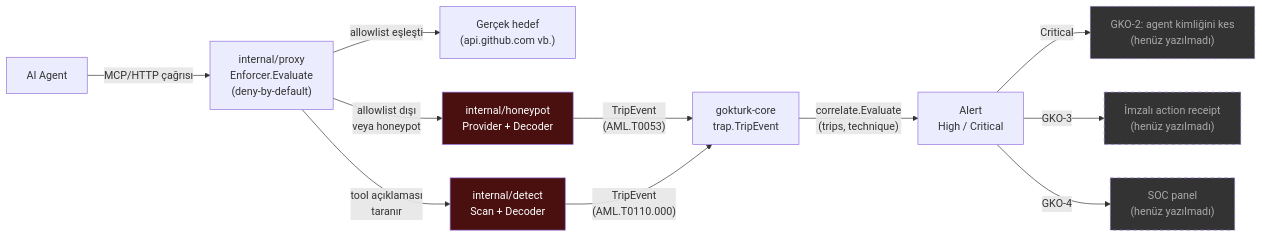
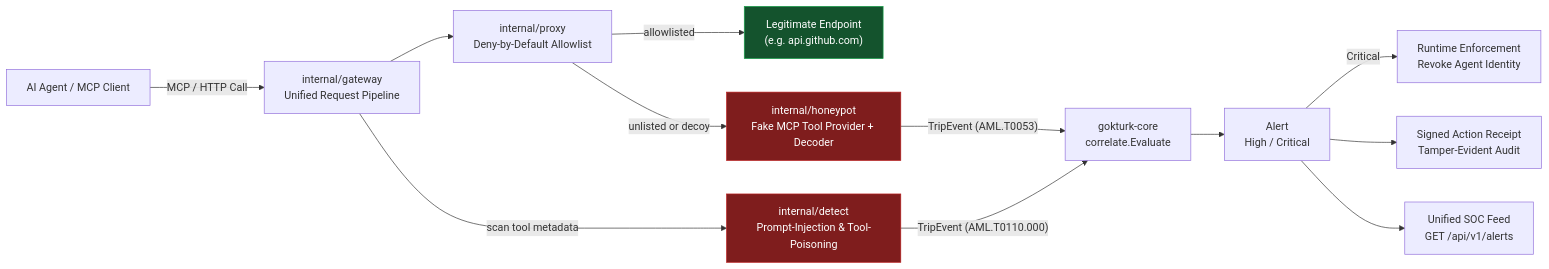
One commit to GokturkFK/gokkalkan changed the diagram in README.md. Above: the diagram before and after it, drawn with Mermaid. The commit also changed other lines of this file, not shown here.

````diff
--- a/README.md
+++ b/README.md
@@ -52,22 +42,21 @@
 ```mermaid
 flowchart LR
-    Agent["AI Agent"] -->|"MCP/HTTP çağrısı"| Proxy["internal/proxy\nEnforcer.Evaluate\n(deny-by-default)"]
+    Agent["AI Agent / MCP Client"] -->|"MCP / HTTP Call"| GW["internal/gateway<br/>Unified Request Pipeline"]
 
-    Proxy -->|"allowlist eşleşti"| Target["Gerçek hedef\n(api.github.com vb.)"]
-    Proxy -->|"allowlist dışı\nveya honeypot"| Honeypot["internal/honeypot\nProvider + Decoder"]
-    Proxy -->|"tool açıklaması\ntaranır"| Detect["internal/detect\nScan + Decoder"]
+    GW --> Proxy["internal/proxy<br/>Deny-by-Default Allowlist"]
+    Proxy -->|"allowlisted"| Target["Legitimate Endpoint<br/>(e.g. api.github.com)"]
+    Proxy -->|"unlisted or decoy"| Honeypot["internal/honeypot<br/>Fake MCP Tool Provider + Decoder"]
+    GW -->|"scan tool metadata"| Detect["internal/detect<br/>Prompt-Injection & Tool-Poisoning"]
 
-    Honeypot -->|"TripEvent\n(AML.T0053)"| Core["gokturk-core\ntrap.TripEvent"]
-    Detect -->|"TripEvent\n(AML.T0110.000)"| Core
+    Honeypot -->|"TripEvent (AML.T0053)"| Core["gokturk-core<br/>correlate.Evaluate"]
+    Detect -->|"TripEvent (AML.T0110.000)"| Core
 
-    Core -->|"correlate.Evaluate\n(trips, technique)"| Alert["Alert\nHigh / Critical"]
-    Alert -->|"Critical"| Enforce["GKO-2: agent kimliğini kes\n(henüz yazılmadı)"]
-    Alert -->|"GKO-3"| Receipt["İmzalı action receipt\n(henüz yazılmadı)"]
-    Alert -->|"GKO-4"| Panel["SOC panel\n(henüz yazılmadı)"]
+    Core --> Alert["Alert<br/>High / Critical"]
+    Alert -->|"Critical"| Enforce["Runtime Enforcement<br/>Revoke Agent Identity"]
+    Alert --> Receipt["Signed Action Receipt<br/>Tamper-Evident Audit"]
+    Alert --> Panel["Unified SOC Feed<br/>GET /api/v1/alerts"]
 
-    style Honeypot fill:#4a1010,color:#fff
-    style Detect fill:#4a1010,color:#fff
-    style Enforce fill:#333,color:#aaa,stroke-dasharray: 5 5
-    style Receipt fill:#333,color:#aaa,stroke-dasharray: 5 5
-    style Panel fill:#333,color:#aaa,stroke-dasharray: 5 5
+    style Honeypot fill:#7f1d1d,color:#fff,stroke:#b91c1c
+    style Detect fill:#7f1d1d,color:#fff,stroke:#b91c1c
+    style Target fill:#14532d,color:#fff,stroke:#16a34a
 ```
````
